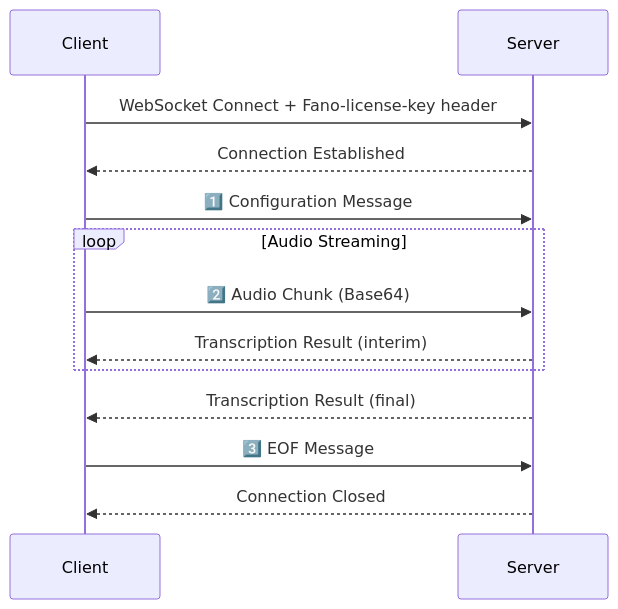
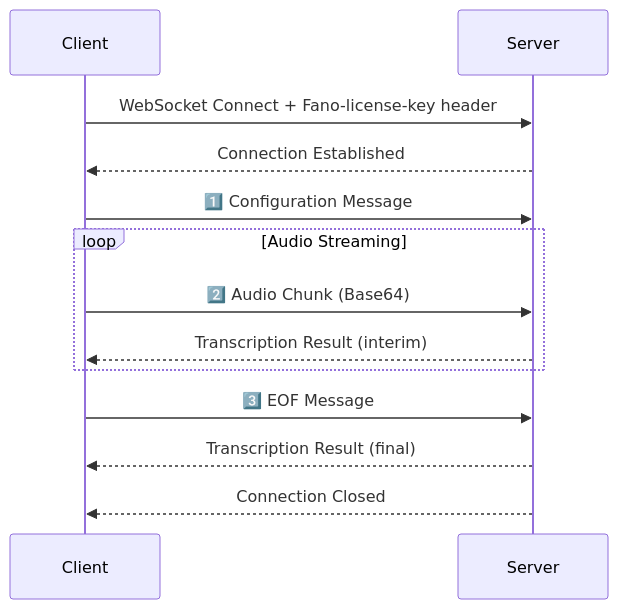
The diagram in docs/get-started/transcribe-streaming-audio.mdx (HeroNgling/fano-cloud-speech-api), drawn with Mermaid before and after one commit. The commit also changed other lines of this file and 1 other file, not shown here.

````diff
--- a/docs/get-started/transcribe-streaming-audio.mdx
+++ b/docs/get-started/transcribe-streaming-audio.mdx
@@ -18,19 +18,19 @@
 ```mermaid
 sequenceDiagram
     participant Client
     participant Server
     
     Client->>Server: WebSocket Connect + Fano-license-key header
     Server-->>Client: Connection Established
     
     Client->>Server: 1️⃣ Configuration Message
     
     loop Audio Streaming
         Client->>Server: 2️⃣ Audio Chunk (Base64)
         Server-->>Client: Transcription Result (interim)
     end
     
+    Client->>Server: 3️⃣ EOF Message
     Server-->>Client: Transcription Result (final)
-    Client->>Server: 3️⃣ EOF Message
     Server-->>Client: Connection Closed
 ```
````
